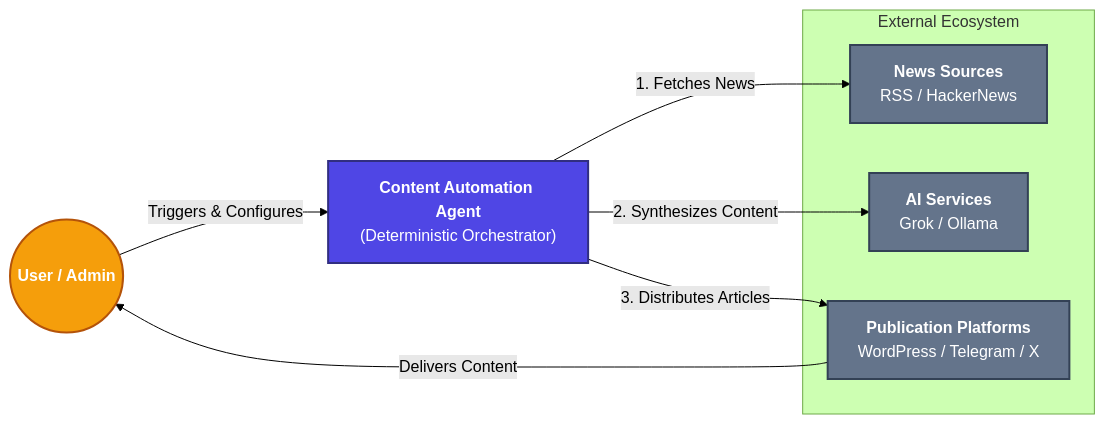
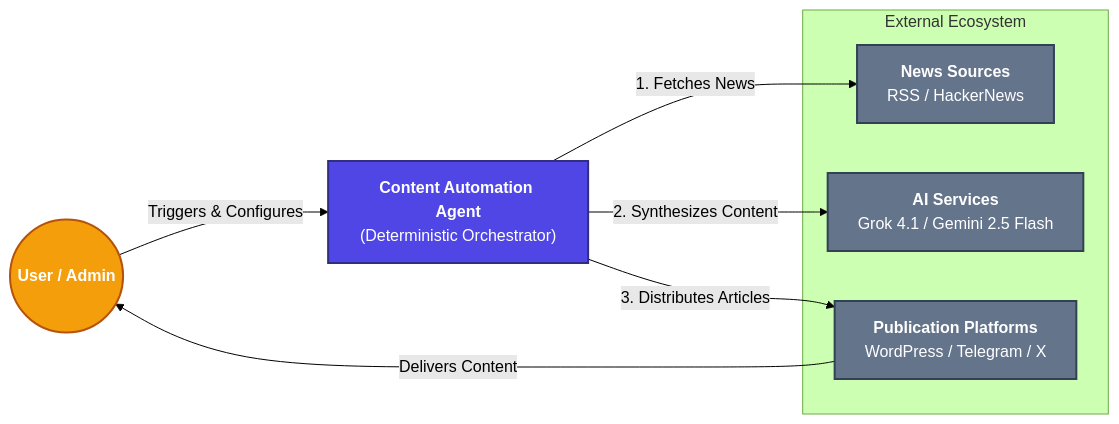
The first of 2 diagrams in docs/architecture.md (hahuint/Content-Automation-Agent), drawn with Mermaid (forest theme) before and after one commit. The commit also changed other lines of this file and 24 other files, not shown here.

````diff
--- a/docs/architecture.md
+++ b/docs/architecture.md
@@ -9,22 +9,22 @@
 ```mermaid
 graph LR
     %% Styles
     classDef system fill:#4f46e5,stroke:#312e81,color:#fff,stroke-width:2px;
     classDef user fill:#f59e0b,stroke:#b45309,color:#fff,stroke-width:2px;
     classDef external fill:#64748b,stroke:#334155,color:#fff,stroke-width:2px;
 
     User(("<b>User / Admin</b>")):::user
     Agent["<b>Content Automation Agent</b><br/>(Deterministic Orchestrator)"]:::system
     
     subgraph "External Ecosystem"
         News["<b>News Sources</b><br/>RSS / HackerNews"]:::external
-        AI["<b>AI Services</b><br/>Grok / Ollama"]:::external
+        AI["<b>AI Services</b><br/>Grok 4.1 / Gemini 2.5 Flash"]:::external
         Publishing["<b>Publication Platforms</b><br/>WordPress / Telegram / X"]:::external
     end
 
     User -->|Triggers & Configures| Agent
     Agent -->|1. Fetches News| News
     Agent -->|2. Synthesizes Content| AI
     Agent -->|3. Distributes Articles| Publishing
     Publishing -->|Delivers Content| User
 ```
````
